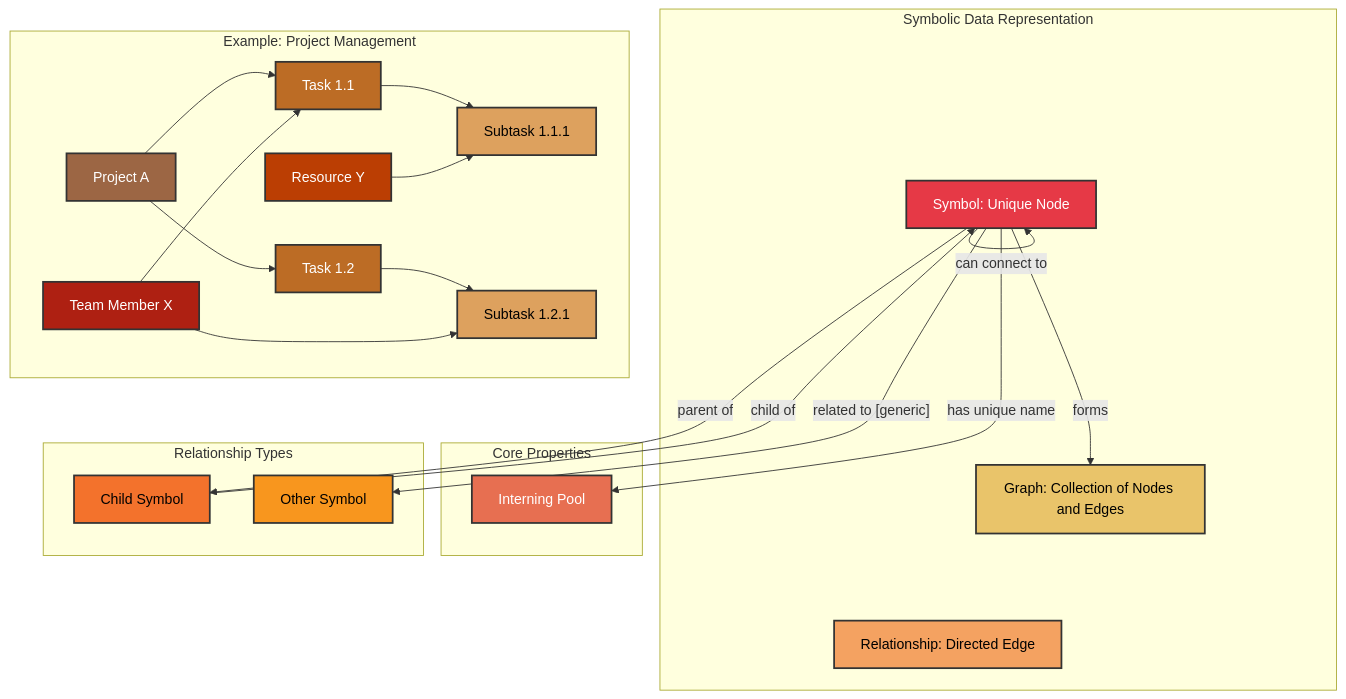
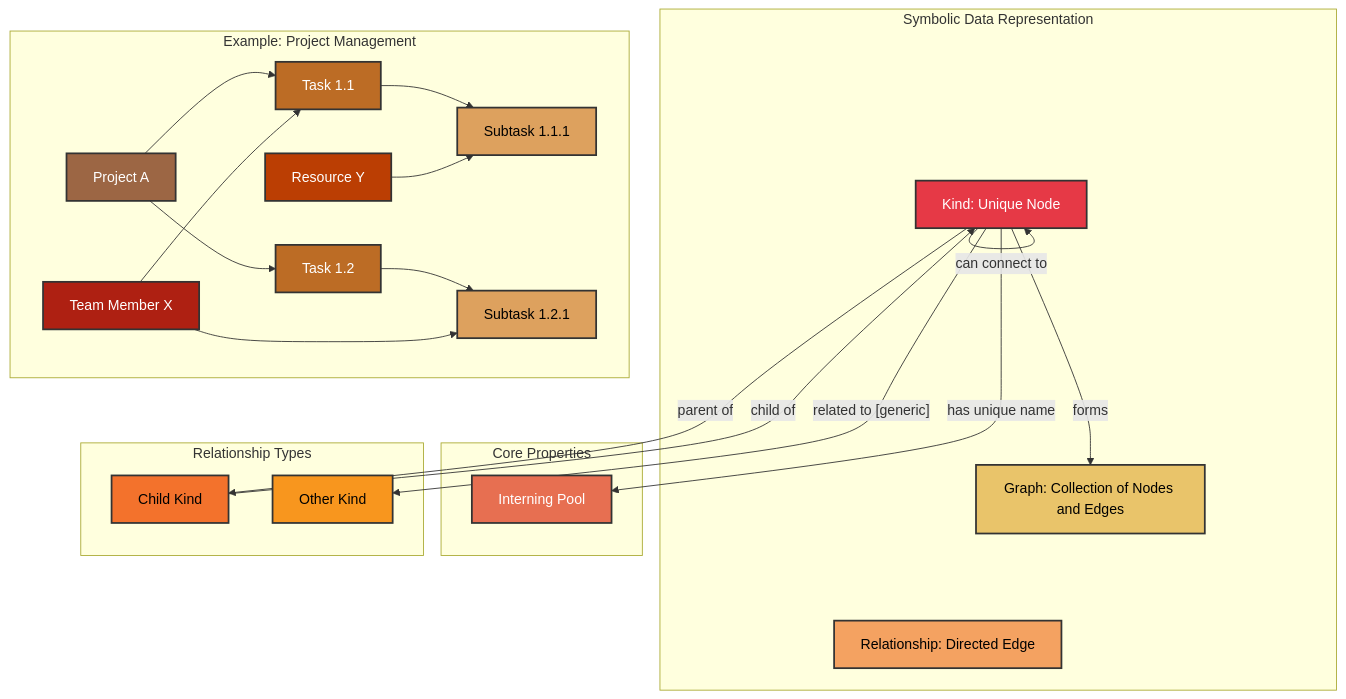
One commit to ikko/kind changed the diagram in docs/topics/1_kind_fundamental_building_block/kind_relationships.mmd. Above: the diagram before and after it, drawn with Mermaid. The commit also changed 124 other files, not shown here.

First line of the commit message:
Rename symb/symbol/sym -> kind in content: Symbol -> Kind, s -> k

```diff
--- a/docs/topics/1_kind_fundamental_building_block/kind_relationships.mmd
+++ b/docs/topics/1_kind_fundamental_building_block/kind_relationships.mmd
@@ -1,47 +1,47 @@
 graph TD
     subgraph "Symbolic Data Representation"
-        A[Symbol: Unique Node]
+        A[Kind: Unique Node]
         B[Relationship: Directed Edge]
         C[Graph: Collection of Nodes and Edges]
     end
 
     subgraph "Core Properties"
         A -- "has unique name" --> D[Interning Pool]
         A -- "can connect to" --> A
         A -- "forms" --> C
     end
 
     subgraph "Relationship Types"
-        A -- "parent of" --> E[Child Symbol]
+        A -- "parent of" --> E[Child Kind]
         E -- "child of" --> A
-        A -- "related to [generic]" --> F[Other Symbol]
+        A -- "related to [generic]" --> F[Other Kind]
     end
 
     subgraph "Example: Project Management"
         G[Project A] --> H[Task 1.1]
         G --> I[Task 1.2]
         H --> J[Subtask 1.1.1]
         I --> K[Subtask 1.2.1]
         L[Team Member X] --> H
         L --> K
         M[Resource Y] --> J
     end
 
-    %% Core symb elements - green/teal warm tones
+    %% Core kind elements - green/teal warm tones
     style A fill:#e63946,stroke:#333,stroke-width:2px,color:#FFFFFF;
     style B fill:#f4a261,stroke:#333,stroke-width:2px,color:#000000;
     style C fill:#e9c46a,stroke:#333,stroke-width:2px,color:#000000;
     style D fill:#e76f51,stroke:#333,stroke-width:2px,color:#FFFFFF;
 
     %% Relationship elements - orange/amber tones
     style E fill:#f3722c,stroke:#333,stroke-width:2px,color:#000000;
     style F fill:#f8961e,stroke:#333,stroke-width:2px,color:#000000;
 
     %% Project management elements - warm browns and reds
     style G fill:#9c6644,stroke:#333,stroke-width:2px,color:#FFFFFF;
     style H fill:#bc6c25,stroke:#333,stroke-width:2px,color:#FFFFFF;
     style I fill:#bc6c25,stroke:#333,stroke-width:2px,color:#FFFFFF;
     style J fill:#dda15e,stroke:#333,stroke-width:2px,color:#000000;
     style K fill:#dda15e,stroke:#333,stroke-width:2px,color:#000000;
     style L fill:#ae2012,stroke:#333,stroke-width:2px,color:#FFFFFF;
     style M fill:#bb3e03,stroke:#333,stroke-width:2px,color:#FFFFFF;
```
